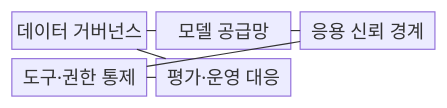
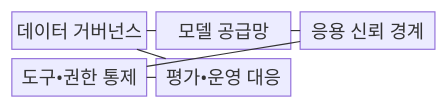
The first of 2 diagrams in src/content/docs/notes/05-security/078_ai_security_threat_landscape.md (agnusdei1207/knowledge-base), drawn with Mermaid before and after one commit. The commit also changed other lines of this file and 953 other files, not shown here.

````diff
--- a/src/content/docs/notes/05-security/078_ai_security_threat_landscape.md
+++ b/src/content/docs/notes/05-security/078_ai_security_threat_landscape.md
@@ -64,14 +64,14 @@
 ```mermaid
 block-beta
   columns 3
   A["데이터 거버넌스"]
   B["모델 공급망"]
   C["응용 신뢰 경계"]
-  D["도구·권한 통제"]
-  E["평가·운영 대응"]
+  D["도구•권한 통제"]
+  E["평가•운영 대응"]
   A --- B
   B --- C
   C --- D
   D --- E
   E --- A
 ```
````
